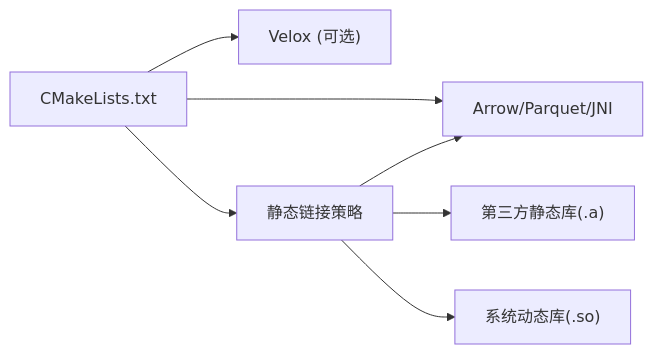
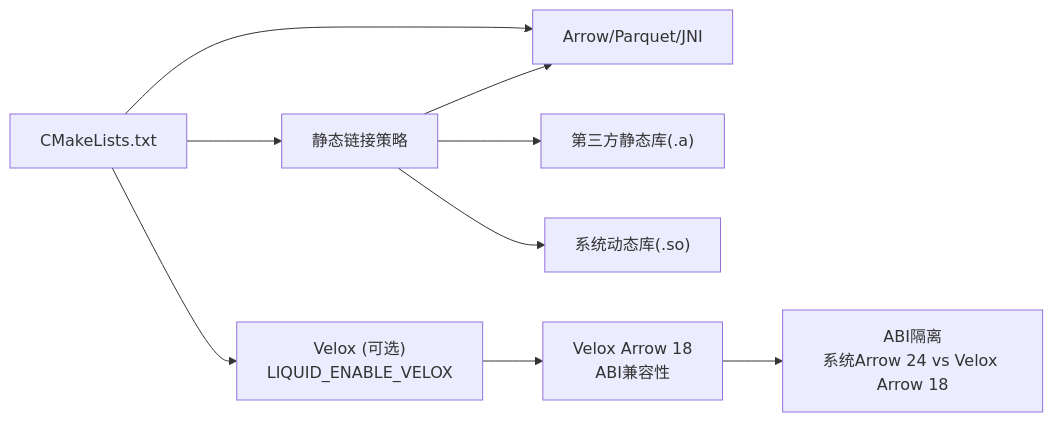
One commit to tenglei/liquidCacheVelox changed the sixth of 6 diagrams in .qoder/repowiki/zh/content/引擎集成/引擎集成.md. Above: the diagram before and after it, drawn with Mermaid. The commit also changed other lines of this file and 8 other files, not shown here.

````diff
--- a/.qoder/repowiki/zh/content/引擎集成/引擎集成.md
+++ b/.qoder/repowiki/zh/content/引擎集成/引擎集成.md
@@ -255,9 +283,11 @@
 ```mermaid
 graph LR
 CMake["CMakeLists.txt"] --> Arrow["Arrow/Parquet/JNI"]
-CMake --> Velox["Velox (可选)"]
+CMake --> Velox["Velox (可选)<br/>LIQUID_ENABLE_VELOX"]
 CMake --> Static["静态链接策略"]
 Static --> Arrow
 Static --> NonStd["第三方静态库(.a)"]
 Static --> SystemDyn["系统动态库(.so)"]
+Velox --> Arrow18["Velox Arrow 18<br/>ABI兼容性"]
+Arrow18 --> ABI["ABI隔离<br/>系统Arrow 24 vs Velox Arrow 18"]
 ```
````
